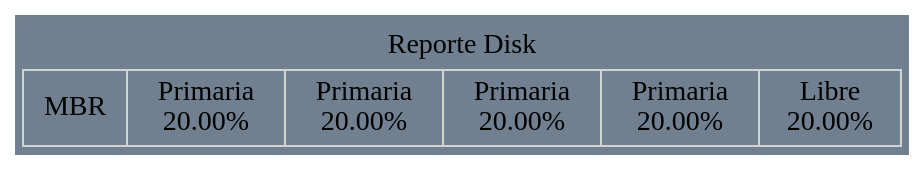
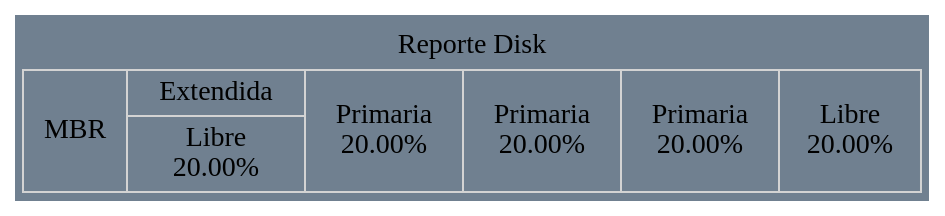
One commit to RamiroTelles/MIA_P1_202010044 changed the diagram in ReporteDisk.dot. Above: the diagram before and after it, drawn with Graphviz. The commit also changed 5 other files, not shown here.

```diff
--- a/ReporteDisk.dot
+++ b/ReporteDisk.dot
@@ -1,2 +1,2 @@
-digraph grid {bgcolor="slategrey" label=" Reporte Disk "layout=dot labelloc = "t"edge [weigth=1000 style=dashed color=red4 dir = "both" arrowtail="open" arrowhead="open"]node[shape=record, color=lightgrey]a0[label="MBR|Primaria\n20.00%\n|Primaria\n20.00%\n|Primaria\n20.00%\n|Primaria\n20.00%\n|Libre\n20.00%\n"];
+digraph grid {bgcolor="slategrey" label=" Reporte Disk "layout=dot labelloc = "t"edge [weigth=1000 style=dashed color=red4 dir = "both" arrowtail="open" arrowhead="open"]node[shape=record, color=lightgrey]a0[label="MBR|{Extendida|Libre\n20.00%\n}|Primaria\n20.00%\n|Primaria\n20.00%\n|Primaria\n20.00%\n|Libre\n20.00%\n"];
 }
```
